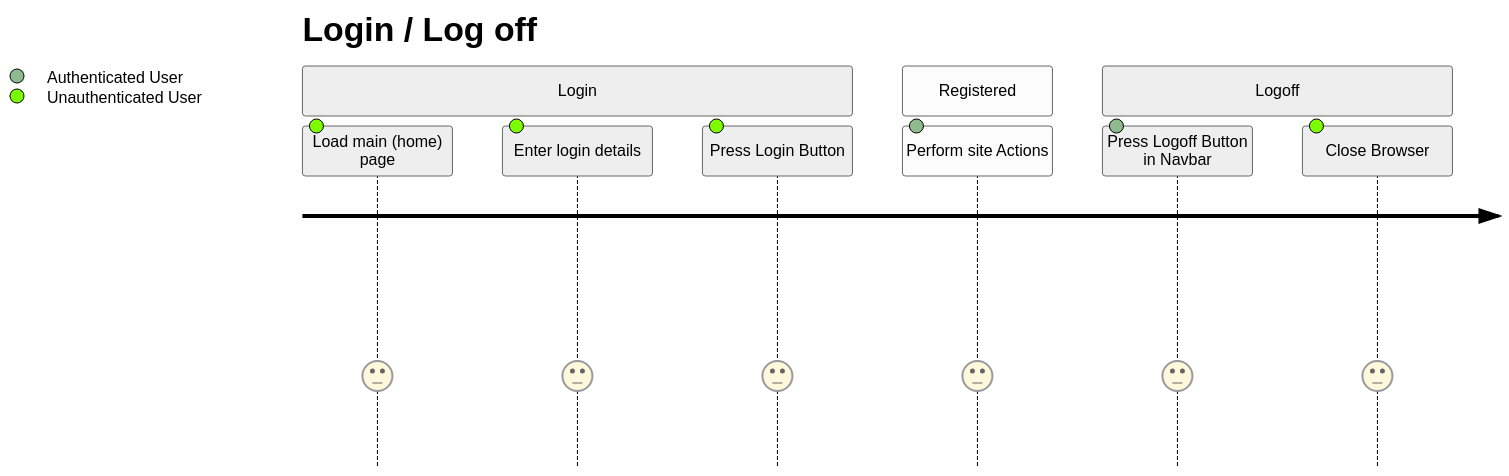
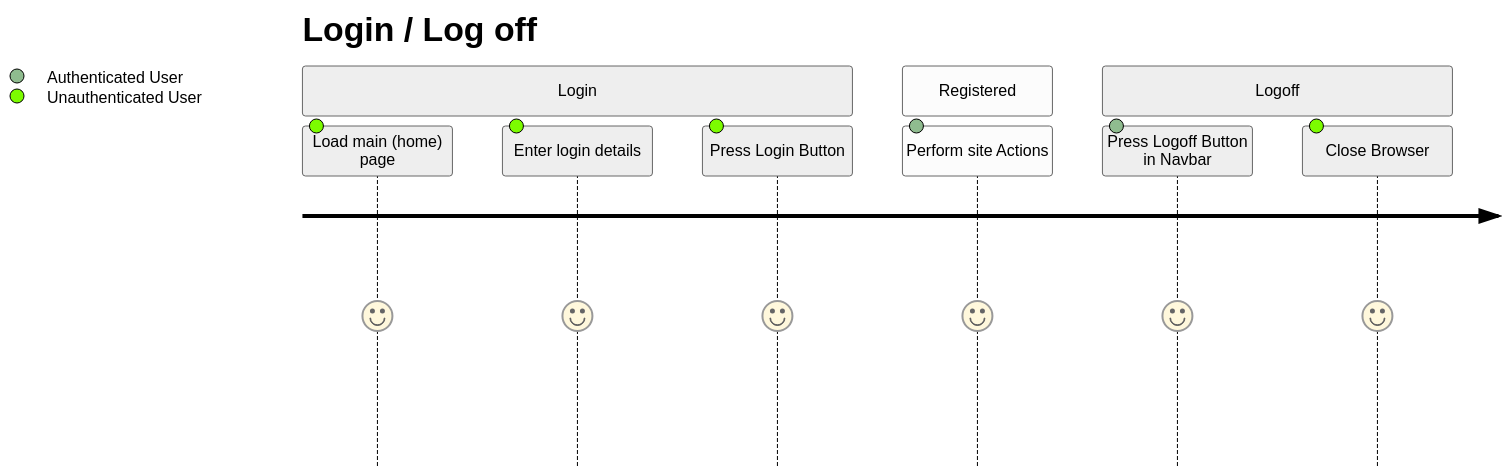
Before and after one commit to ItsFranklinMyDudes/php-site-temp: the first of 3 diagrams in design.md, drawn with Mermaid (neutral theme). The commit also changed other lines of this file and 1 other file, not shown here.

````diff
--- a/design.md
+++ b/design.md
@@ -26,13 +26,13 @@
 ```mermaid
 journey
 title Login / Log off
     section Login
-        Load main (home) page: 3: Unauthenticated User
-        Enter login details: 3: Unauthenticated User
-        Press Login Button: 3: Unauthenticated User
+        Load main (home) page: 5: Unauthenticated User
+        Enter login details: 5: Unauthenticated User
+        Press Login Button: 5: Unauthenticated User
     section Registered
-        Perform site Actions: 3: Authenticated User
+        Perform site Actions:5: Authenticated User
     section Logoff
-        Press Logoff Button in Navbar: 3: Authenticated User
-        Close Browser: 3: Unauthenticated User
+        Press Logoff Button in Navbar:5: Authenticated User
+        Close Browser:5: Unauthenticated User
 ```
````
